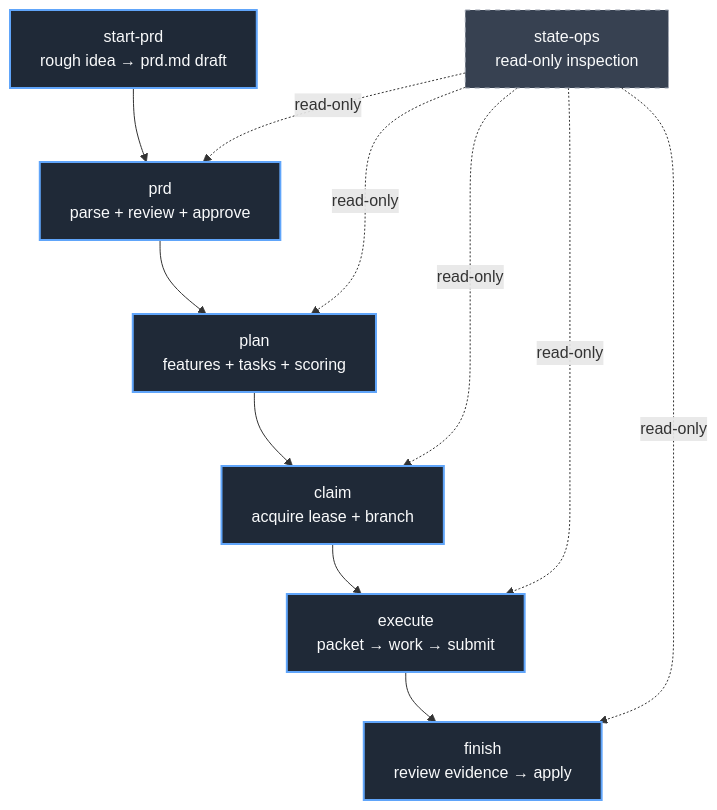
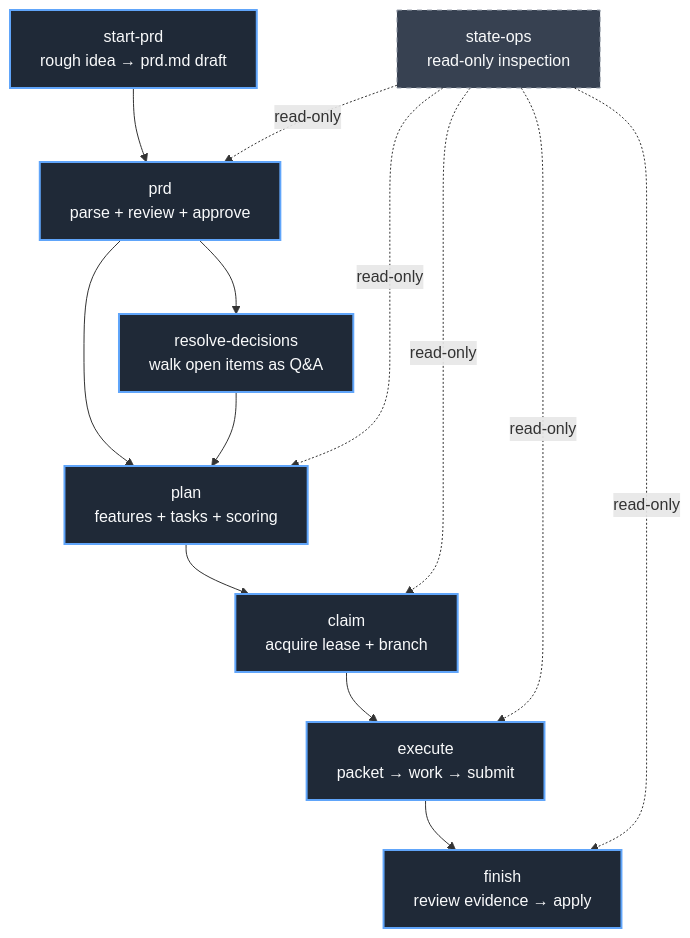
Before and after one commit to fakoli/anvil: the diagram in docs/skills-reference.md, drawn with Mermaid. The commit also changed other lines of this file and 23 other files, not shown here.

````diff
--- a/docs/skills-reference.md
+++ b/docs/skills-reference.md
@@ -18,27 +18,30 @@
 ```mermaid
 graph TD
     StartPRD["start-prd<br/>rough idea → prd.md draft"]
     PRD["prd<br/>parse + review + approve"]
+    ResolveDecisions["resolve-decisions<br/>walk open items as Q&amp;A"]
     Plan["plan<br/>features + tasks + scoring"]
     Claim["claim<br/>acquire lease + branch"]
     Execute["execute<br/>packet → work → submit"]
     Finish["finish<br/>review evidence → apply"]
     StateOps["state-ops<br/>read-only inspection"]
 
     StartPRD --> PRD
+    PRD --> ResolveDecisions
     PRD --> Plan
+    ResolveDecisions --> Plan
     Plan --> Claim
     Claim --> Execute
     Execute --> Finish
 
     StateOps -.read-only.-> PRD
     StateOps -.read-only.-> Plan
     StateOps -.read-only.-> Claim
     StateOps -.read-only.-> Execute
     StateOps -.read-only.-> Finish
 
     classDef lifecycle fill:#1f2937,stroke:#60a5fa,stroke-width:2px,color:#f9fafb
     classDef inspection fill:#374151,stroke:#9ca3af,stroke-width:1px,color:#f9fafb,stroke-dasharray: 5 5
-    class StartPRD,PRD,Plan,Claim,Execute,Finish lifecycle
+    class StartPRD,PRD,ResolveDecisions,Plan,Claim,Execute,Finish lifecycle
     class StateOps inspection
 ```
````
